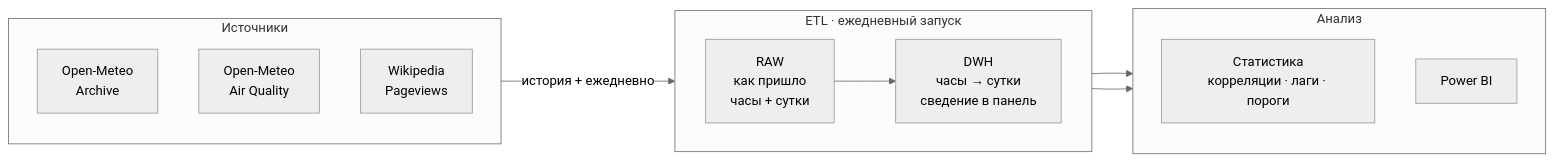
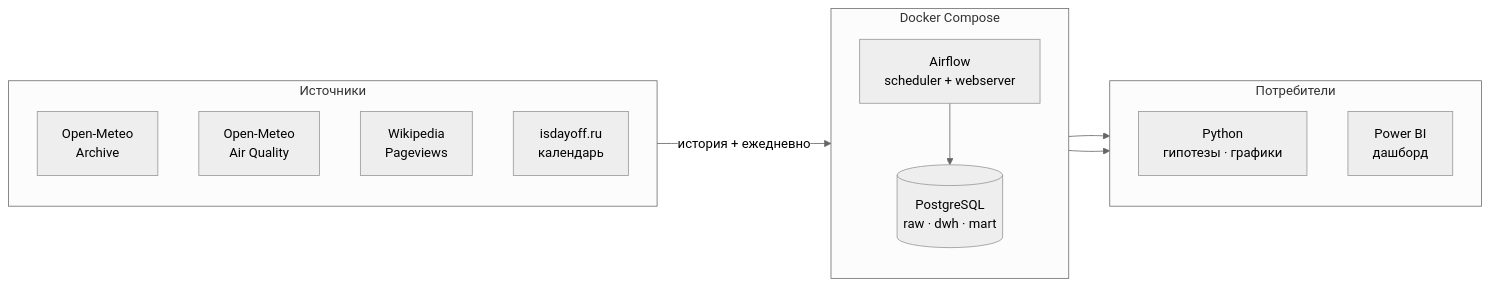
One commit to Shamil65/agro-price-etl-analytics changed the diagram in README.md. Above: the diagram before and after it, drawn with Mermaid (neutral theme). The commit also changed other lines of this file, not shown here.

Commit message:
docs: добавил в README разделы Docker, SQL и Power BI

````diff
--- a/README.md
+++ b/README.md
@@ -75,26 +89,27 @@
 ```mermaid
 flowchart LR
     subgraph SRC["Источники"]
         direction TB
         S1["Open-Meteo<br/>Archive"]
         S2["Open-Meteo<br/>Air Quality"]
         S3["Wikipedia<br/>Pageviews"]
+        S4["isdayoff.ru<br/>календарь"]
     end
 
-    subgraph ETL["ETL · ежедневный запуск"]
-        direction LR
-        RAW["RAW<br/>как пришло<br/>часы + сутки"]
-        DWH["DWH<br/>часы → сутки<br/>сведение в панель"]
-        RAW --> DWH
+    subgraph DOCKER["Docker Compose"]
+        direction TB
+        AF["Airflow<br/>scheduler + webserver"]
+        PG[("PostgreSQL<br/>raw · dwh · mart")]
+        AF --> PG
     end
 
-    subgraph OUT["Анализ"]
+    subgraph OUT["Потребители"]
         direction TB
-        AN["Статистика<br/>корреляции · лаги · пороги"]
-        BI["Power BI"]
+        AN["Python<br/>гипотезы · графики"]
+        BI["Power BI<br/>дашборд"]
     end
 
-    SRC -->|"история + ежедневно"| RAW
-    DWH --> AN
-    DWH --> BI
+    SRC -->|"история + ежедневно"| AF
+    PG --> AN
+    PG --> BI
 ```
````
